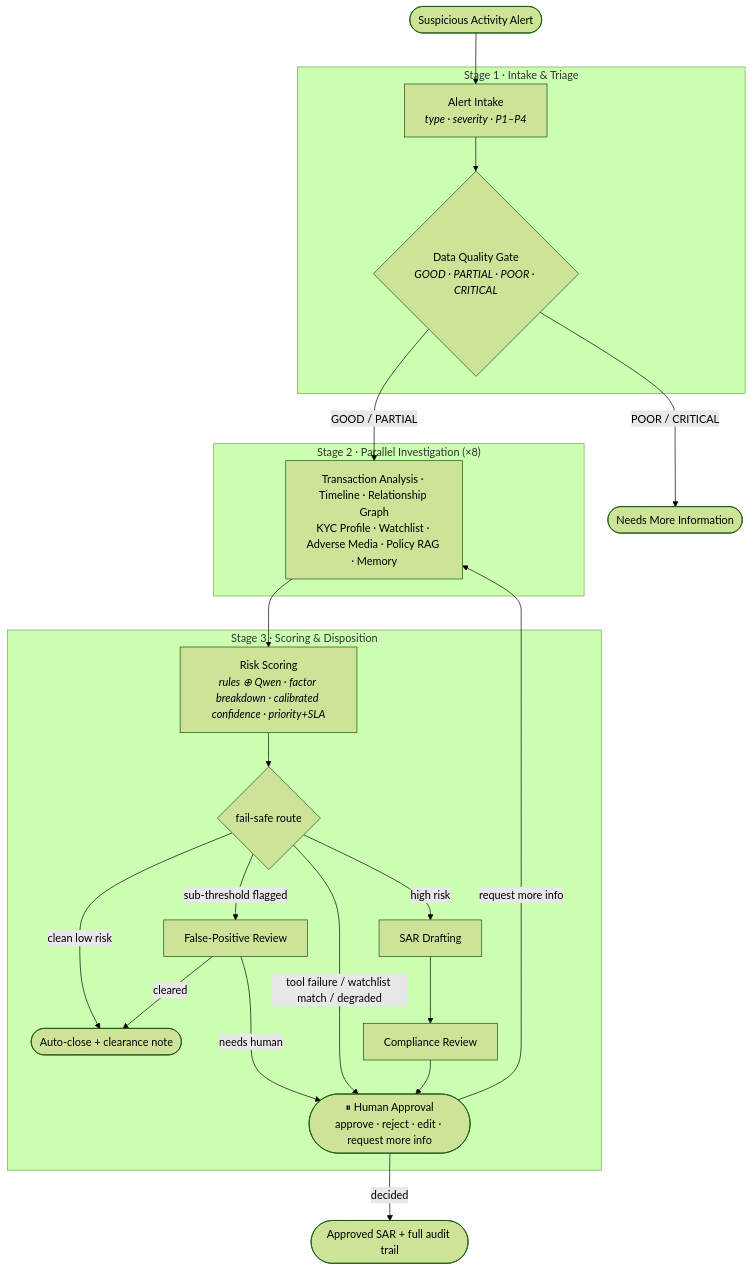
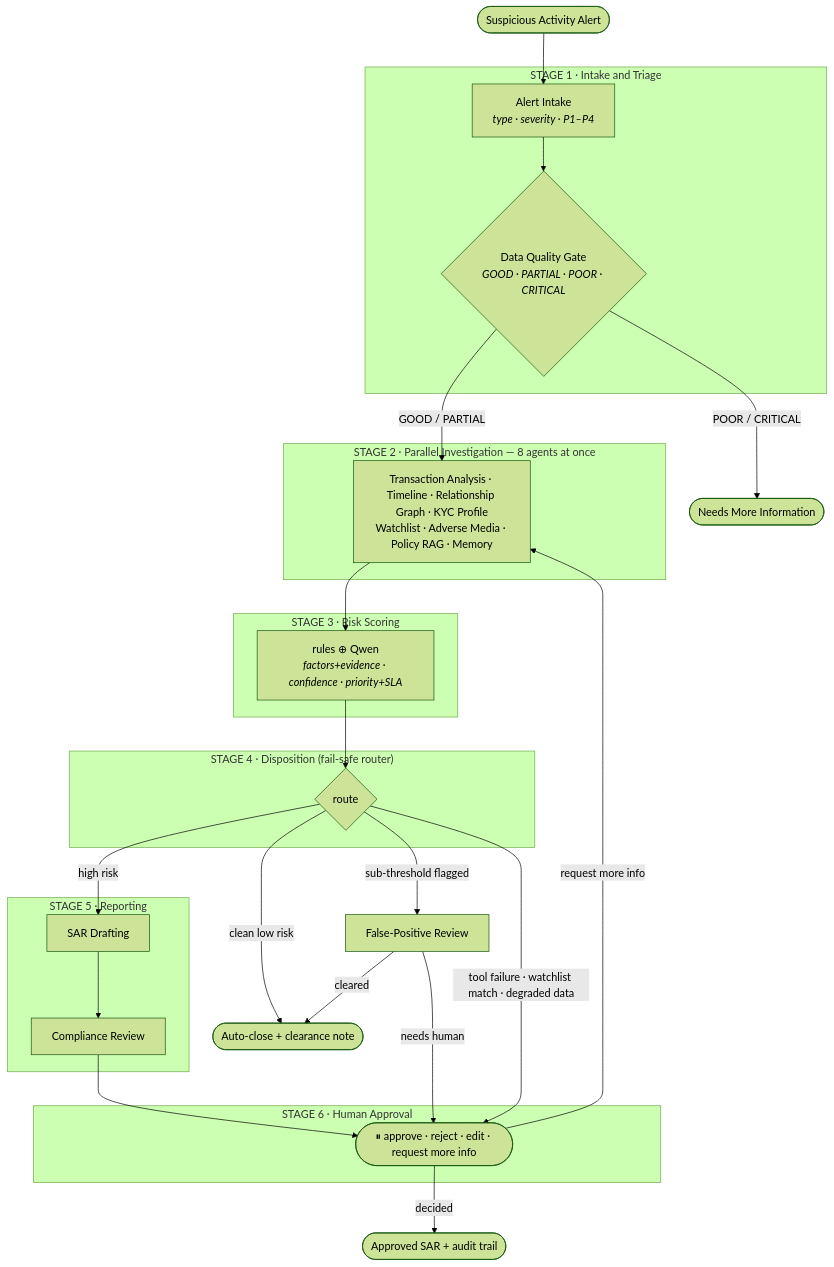
Before and after one commit to sonnysanputra/ComplianceGuard: the diagram in README.md, drawn with Mermaid (forest theme). The commit also changed other lines of this file, not shown here.

Commit message:
Clarify README architecture

````diff
--- a/README.md
+++ b/README.md
@@ -23,25 +36,41 @@
 ```mermaid
 flowchart TD
-    A([Suspicious Activity Alert]) --> B
-    subgraph S1["Stage 1 · Intake & Triage"]
-        B["Alert Intake<br/><i>type · severity · P1–P4</i>"] --> DQ{"Data Quality Gate<br/><i>GOOD · PARTIAL · POOR · CRITICAL</i>"}
+    A([Suspicious Activity Alert]) --> AI
+
+    subgraph S1["STAGE 1 · Intake and Triage"]
+        AI["Alert Intake<br/><i>type · severity · P1–P4</i>"] --> DQ{"Data Quality Gate<br/><i>GOOD · PARTIAL · POOR · CRITICAL</i>"}
     end
-    DQ -- POOR / CRITICAL --> NMI([Needs More Information])
-    DQ -- GOOD / PARTIAL --> INV
-    subgraph S2["Stage 2 · Parallel Investigation (×8)"]
-        INV["Transaction Analysis · Timeline · Relationship Graph<br/>KYC Profile · Watchlist · Adverse Media · Policy RAG · Memory"]
+    DQ -->|POOR / CRITICAL| NMI([Needs More Information])
+
+    subgraph S2["STAGE 2 · Parallel Investigation — 8 agents at once"]
+        INV["Transaction Analysis · Timeline · Relationship Graph · KYC Profile<br/>Watchlist · Adverse Media · Policy RAG · Memory"]
     end
-    INV --> D
-    subgraph S3["Stage 3 · Scoring & Disposition"]
-        D["Risk Scoring<br/><i>rules ⊕ Qwen · factor breakdown · calibrated confidence · priority+SLA</i>"] --> E{fail-safe route}
-        E -- clean low risk --> AC([Auto-close + clearance note])
-        E -- sub-threshold flagged --> FP["False-Positive Review"]
-        FP -- cleared --> AC
-        FP -- needs human --> I
-        E -- tool failure / watchlist match / degraded --> I
-        E -- high risk --> G["SAR Drafting"] --> H["Compliance Review"]
+    DQ -->|GOOD / PARTIAL| INV
+
+    subgraph S3["STAGE 3 · Risk Scoring"]
+        RS["rules ⊕ Qwen<br/><i>factors+evidence · confidence · priority+SLA</i>"]
     end
-    H --> I([⏸ Human Approval<br/>approve · reject · edit · request more info])
-    I -- request more info --> INV
-    I -- decided --> J([Approved SAR + full audit trail])
+    INV --> RS
+
+    subgraph S4["STAGE 4 · Disposition (fail-safe router)"]
+        R{route}
+    end
+    RS --> R
+    R -->|clean low risk| AC([Auto-close + clearance note])
+    R -->|sub-threshold flagged| FP["False-Positive Review"]
+    FP -->|cleared| AC
+
+    subgraph S5["STAGE 5 · Reporting"]
+        SAR["SAR Drafting"] --> CR["Compliance Review"]
+    end
+    R -->|high risk| SAR
+
+    subgraph S6["STAGE 6 · Human Approval"]
+        H(["⏸ approve · reject · edit · request more info"])
+    end
+    CR --> H
+    FP -->|needs human| H
+    R -->|tool failure · watchlist match · degraded data| H
+    H -->|request more info| INV
+    H -->|decided| DONE([Approved SAR + audit trail])
 ```
````
